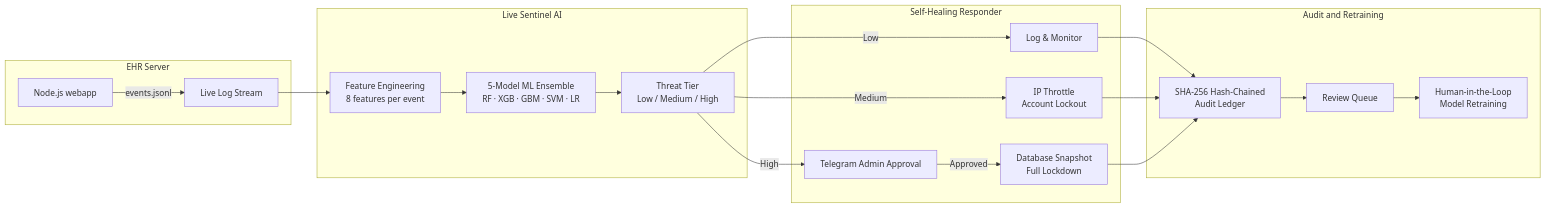
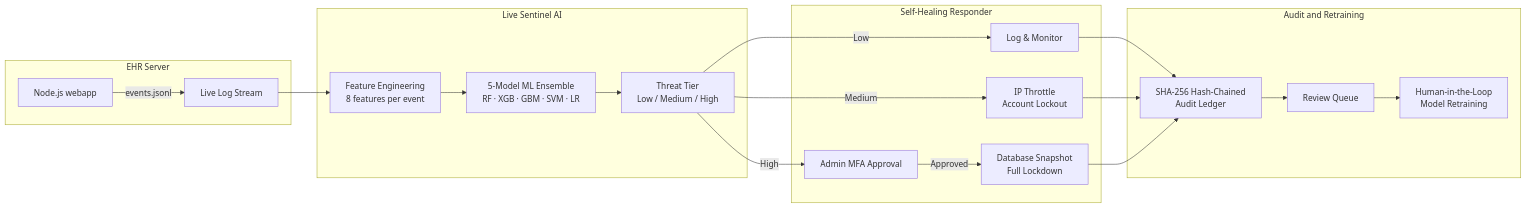
The diagram in README.md (Riya-337/unisyshealth), drawn with Mermaid before and after one commit. The commit also changed other lines of this file, not shown here.

````diff
--- a/README.md
+++ b/README.md
@@ -51,25 +57,25 @@
 ```mermaid
 flowchart LR
   subgraph source [EHR Server]
     N[Node.js webapp] -->|events.jsonl| LOG[Live Log Stream]
   end
 
   subgraph sentinel [Live Sentinel AI]
     LOG --> FE[Feature Engineering\n8 features per event]
     FE --> ENS[5-Model ML Ensemble\nRF · XGB · GBM · SVM · LR]
     ENS --> TIER[Threat Tier\nLow / Medium / High]
   end
 
   subgraph response [Self-Healing Responder]
     TIER -->|Low| AUTO1[Log & Monitor]
     TIER -->|Medium| AUTO2[IP Throttle\nAccount Lockout]
-    TIER -->|High| APPR[Telegram Admin Approval]
+    TIER -->|High| APPR[Admin MFA Approval]
     APPR -->|Approved| AUTO3[Database Snapshot\nFull Lockdown]
   end
 
   subgraph audit [Audit and Retraining]
     AUTO1 & AUTO2 & AUTO3 --> CHAIN[SHA-256 Hash-Chained\nAudit Ledger]
     CHAIN --> RQ[Review Queue]
     RQ --> RETRAIN[Human-in-the-Loop\nModel Retraining]
   end
 ```
````
